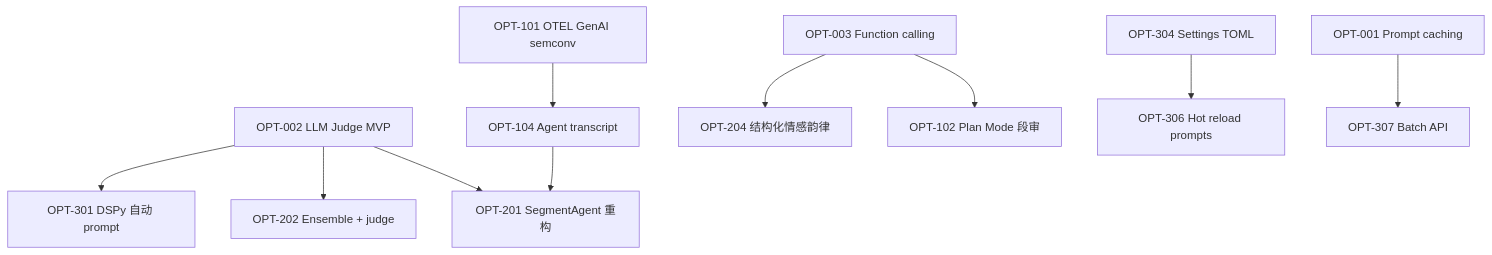
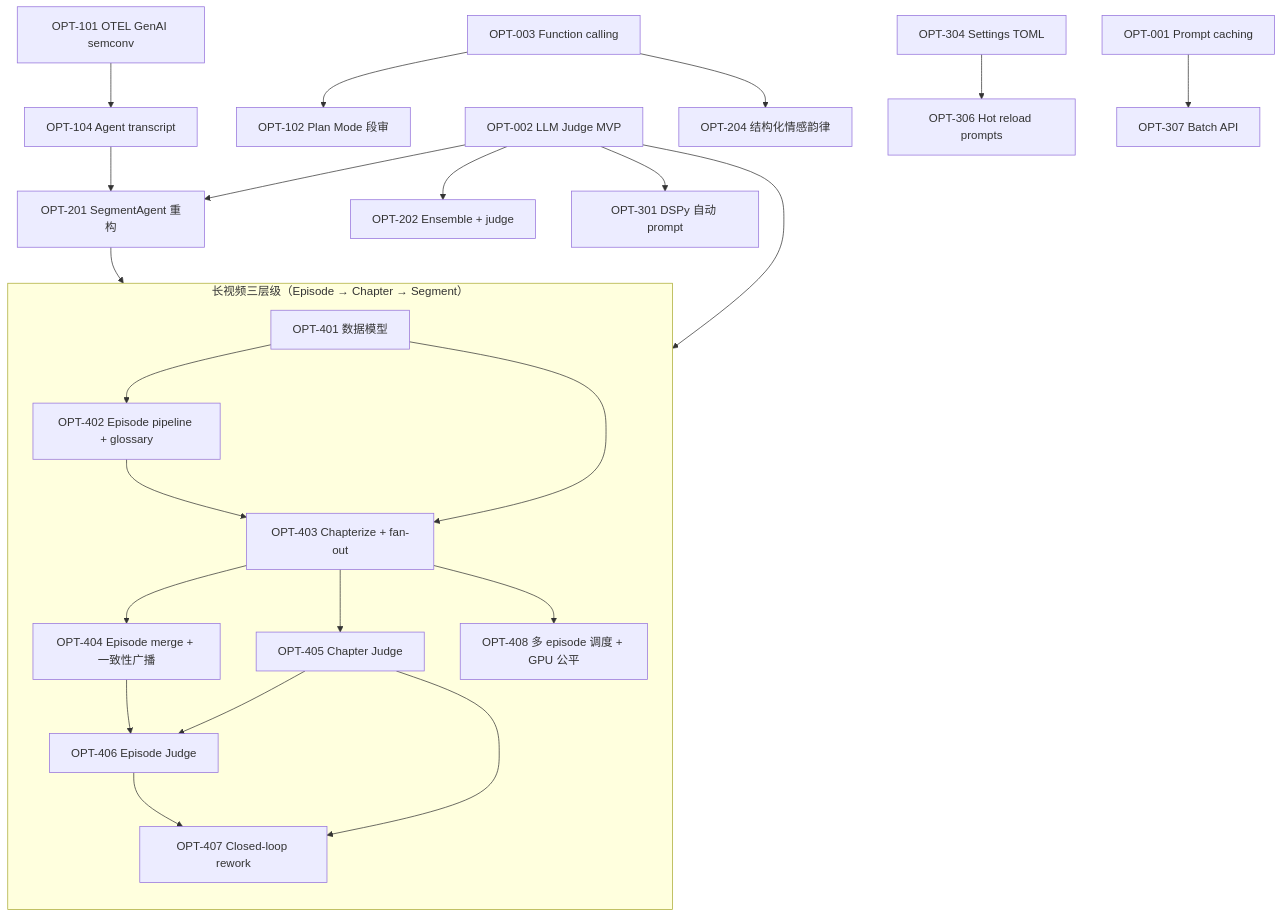
One commit to YuehaoDai/HoloDub changed the second of 2 diagrams in docs/roadmap/optimization-roadmap.md. Above: the diagram before and after it, drawn with Mermaid. The commit also changed other lines of this file, not shown here.

First line of the commit message:
docs(roadmap): long-video three-tier architecture (OPT-401..408)

````diff
--- a/docs/roadmap/optimization-roadmap.md
+++ b/docs/roadmap/optimization-roadmap.md
@@ -111,26 +119,52 @@
 ```mermaid
 flowchart TD
     OPT001[OPT-001 Prompt caching]
     OPT002[OPT-002 LLM Judge MVP]
     OPT003[OPT-003 Function calling]
     OPT101[OPT-101 OTEL GenAI semconv]
     OPT102[OPT-102 Plan Mode 段审]
     OPT104[OPT-104 Agent transcript]
     OPT201[OPT-201 SegmentAgent 重构]
     OPT202[OPT-202 Ensemble + judge]
     OPT204[OPT-204 结构化情感韵律]
     OPT301[OPT-301 DSPy 自动 prompt]
     OPT304[OPT-304 Settings TOML]
     OPT306[OPT-306 Hot reload prompts]
     OPT307[OPT-307 Batch API]
 
     OPT003 --> OPT102
     OPT003 --> OPT204
     OPT002 --> OPT201
     OPT002 --> OPT202
     OPT002 --> OPT301
     OPT101 --> OPT104
     OPT104 --> OPT201
     OPT304 --> OPT306
     OPT001 --> OPT307
+
+    %% 长视频三层级线（OPT-401..408）
+    subgraph long_video["长视频三层级（Episode → Chapter → Segment）"]
+        direction TB
+        OPT401[OPT-401 数据模型]
+        OPT402[OPT-402 Episode pipeline + glossary]
+        OPT403[OPT-403 Chapterize + fan-out]
+        OPT404[OPT-404 Episode merge + 一致性广播]
+        OPT405[OPT-405 Chapter Judge]
+        OPT406[OPT-406 Episode Judge]
+        OPT407[OPT-407 Closed-loop rework]
+        OPT408[OPT-408 多 episode 调度 + GPU 公平]
+    end
+
+    OPT401 --> OPT402
+    OPT401 --> OPT403
+    OPT402 --> OPT403
+    OPT403 --> OPT404
+    OPT403 --> OPT405
+    OPT403 --> OPT408
+    OPT404 --> OPT406
+    OPT405 --> OPT406
+    OPT002 --> OPT405
+    OPT405 --> OPT407
+    OPT406 --> OPT407
+    OPT201 --> OPT407
 ```
````
